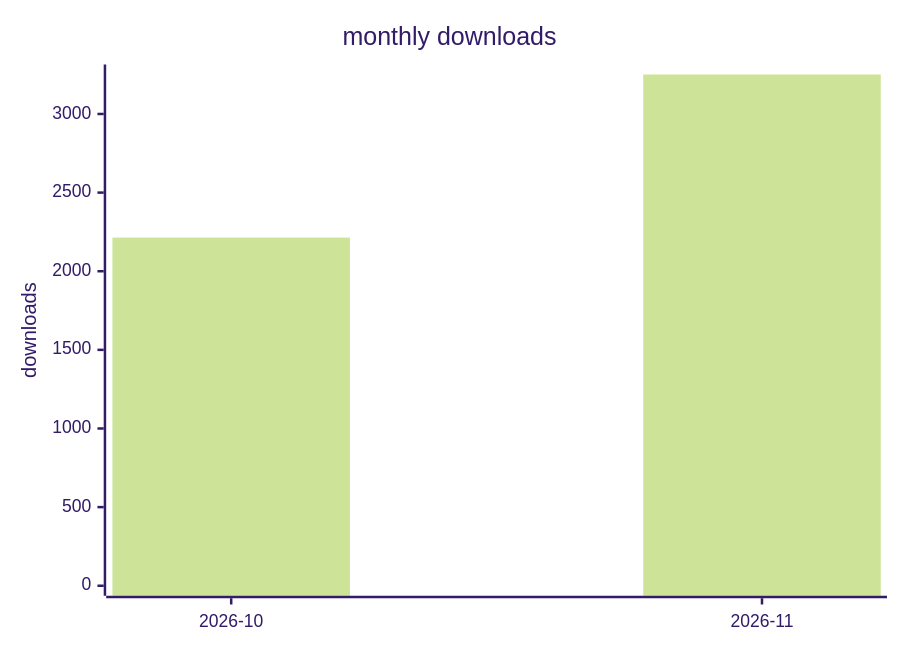
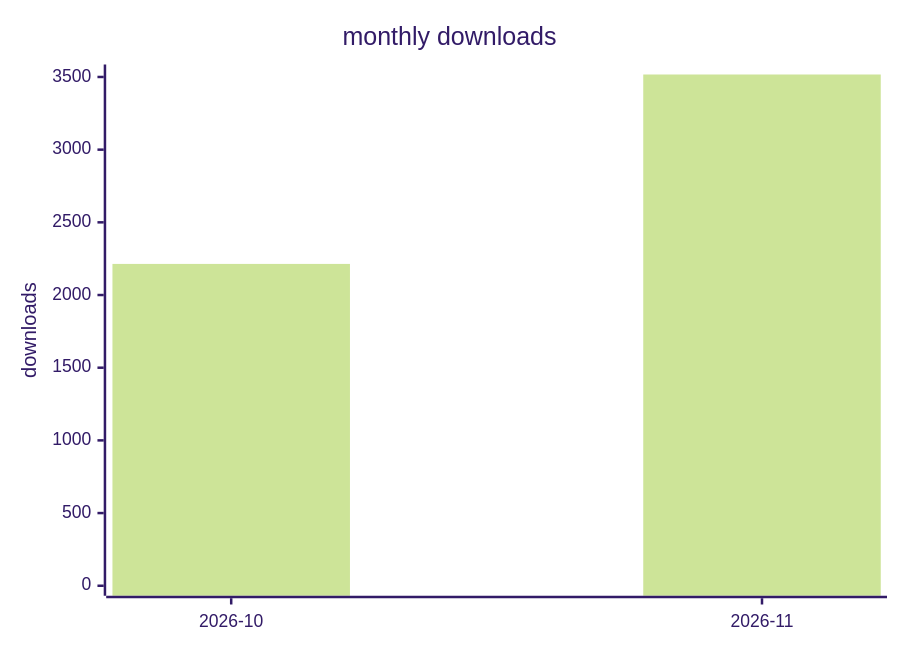
One commit to terry2010/dsh-rss-news-daily changed the second of 2 diagrams in docs/downloads-2026.md. Above: the diagram before and after it, drawn with Mermaid (forest theme). The commit also changed other lines of this file and 1 other file, not shown here.

````diff
--- a/docs/downloads-2026.md
+++ b/docs/downloads-2026.md
@@ -29,7 +29,7 @@
 ```mermaid
 xychart-beta
     title "monthly downloads"
     x-axis ["2026-10", "2026-11"]
-    y-axis "downloads" 0 --> 3251
-    bar [2214, 3251]
+    y-axis "downloads" 0 --> 3517
+    bar [2214, 3517]
 ```
````
